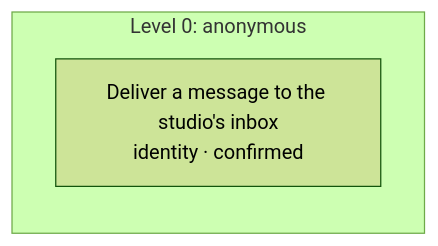
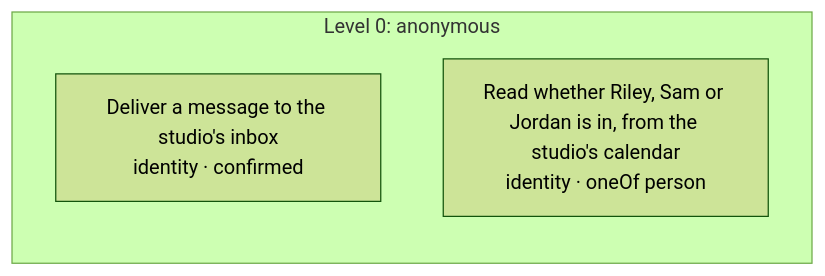
One commit to DialogWright/dialogwright changed the second of 2 diagrams in apps/secretary/POLICY.md. Above: the diagram before and after it, drawn with Mermaid (forest theme). The commit also changed other lines of this file and 23 other files, not shown here.

````diff
--- a/apps/secretary/POLICY.md
+++ b/apps/secretary/POLICY.md
@@ -87,6 +90,7 @@
 ```mermaid
 flowchart LR
   subgraph lv0["Level 0: anonymous"]
     a_leaveMessage["Deliver a message to the studio's inbox<br/>identity · confirmed"]
+    a_personStatus["Read whether Riley, Sam or Jordan is in, from the studio's calendar<br/>identity · oneOf person"]
   end
 ```
````
